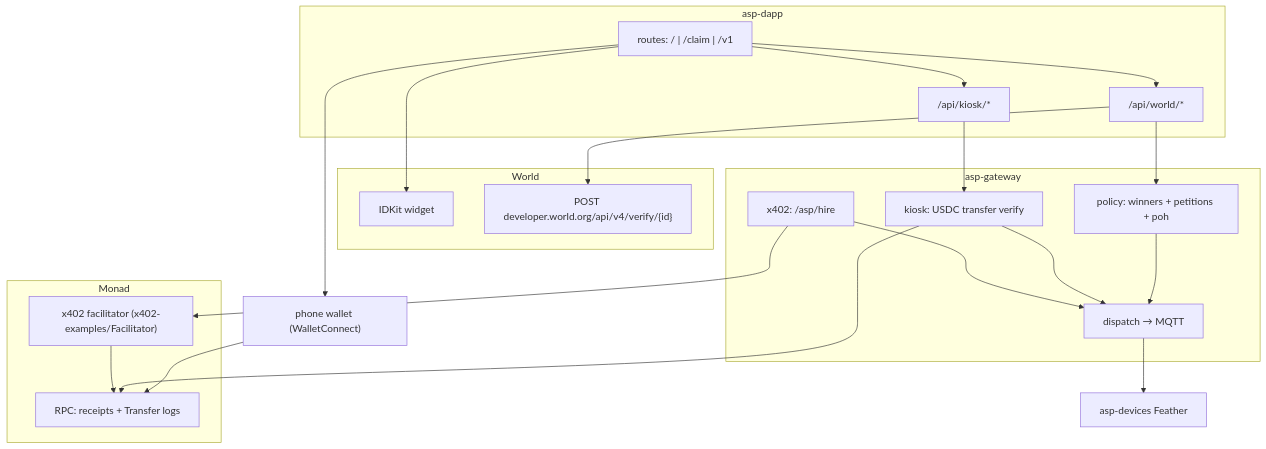
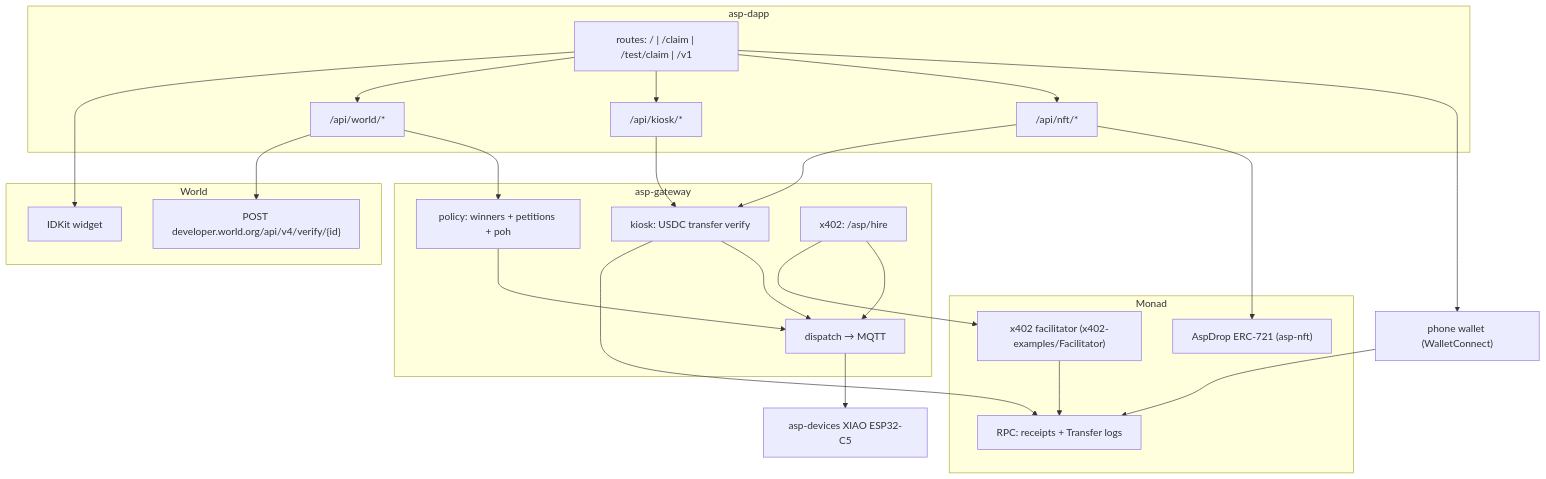
One commit to altaga/Asp changed the first of 2 diagrams in AGENT.md. Above: the diagram before and after it, drawn with Mermaid. The commit also changed other lines of this file and 2 other files, not shown here.

Commit message:
README is the Metropolis entry now: track 03, AspDrop on mainnet, NFT drop path

````diff
--- a/AGENT.md
+++ b/AGENT.md
@@ -29,40 +29,45 @@
 ```mermaid
 flowchart TB
   subgraph CLIENT["asp-dapp"]
-    UI["routes: / | /claim | /v1"]
+    UI["routes: / | /claim | /test/claim | /v1"]
     WAPI["/api/world/*"]
     KAPI["/api/kiosk/*"]
+    NAPI["/api/nft/*"]
   end
   subgraph WORLD["World"]
     IDKit["IDKit widget"]
     Portal["POST developer.world.org/api/v4/verify/{id}"]
   end
   subgraph GW["asp-gateway"]
     POL["policy: winners + petitions + poh"]
     KIOSK["kiosk: USDC transfer verify"]
     X402["x402: /asp/hire"]
     DISP["dispatch → MQTT"]
   end
   subgraph MONAD["Monad"]
     RPC["RPC: receipts + Transfer logs"]
     FAC["x402 facilitator (x402-examples/Facilitator)"]
+    DROP["AspDrop ERC-721 (asp-nft)"]
   end
   WALLET["phone wallet (WalletConnect)"]
-  HW["asp-devices Feather"]
+  HW["asp-devices XIAO ESP32-C5"]
 
   UI --> IDKit
   UI --> WAPI
   UI --> KAPI
+  UI --> NAPI
   UI --> WALLET
+  NAPI --> KIOSK
+  NAPI --> DROP
   WALLET --> RPC
   WAPI --> Portal
   WAPI --> POL
   KAPI --> KIOSK
   KIOSK --> RPC
   X402 --> FAC
   FAC --> RPC
   POL --> DISP
   KIOSK --> DISP
   X402 --> DISP
   DISP --> HW
 ```
````
